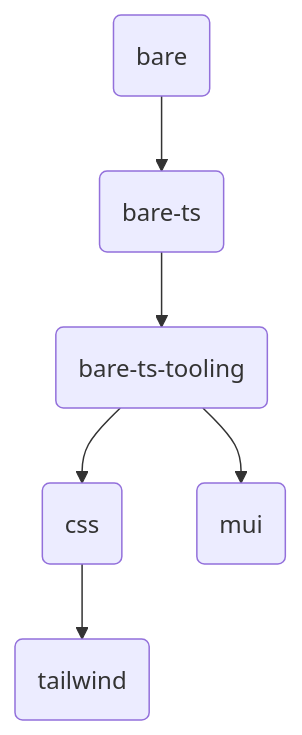
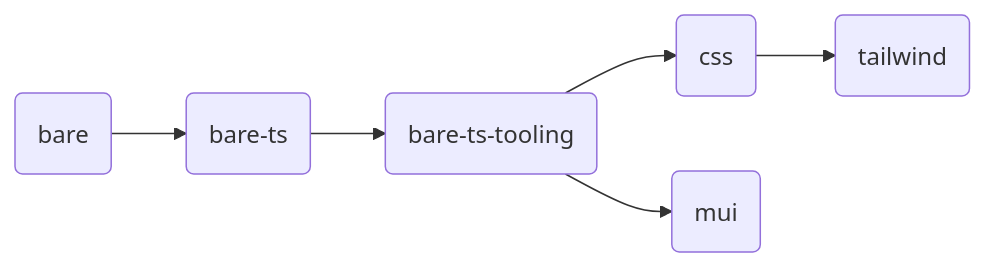
The diagram in README.md (jens-ox/cll), drawn with Mermaid before and after one commit.

````diff
--- a/README.md
+++ b/README.md
@@ -5,14 +5,14 @@
 ```mermaid
-graph TD;
+graph LR;
     1(bare);
     2(bare-ts);
     3(bare-ts-tooling);
     4(css);
     5(tailwind);
     6(mui);
     1-->2;
     2-->3;
     3-->4;
     4-->5;
     3-->6;
 ```
````
